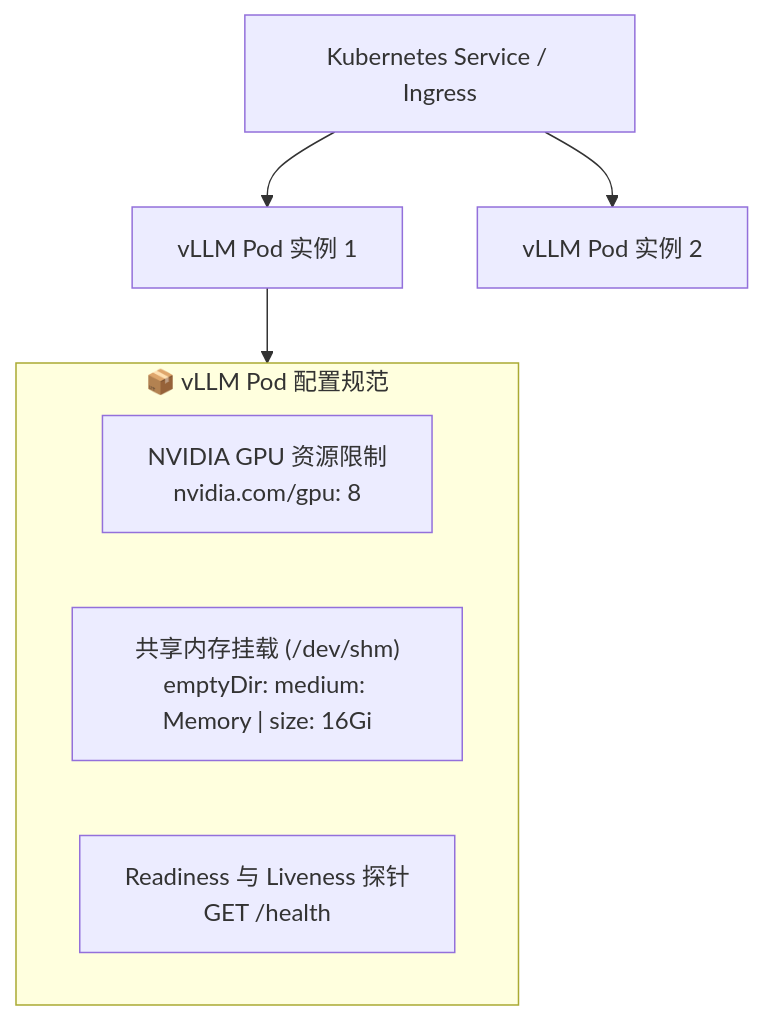
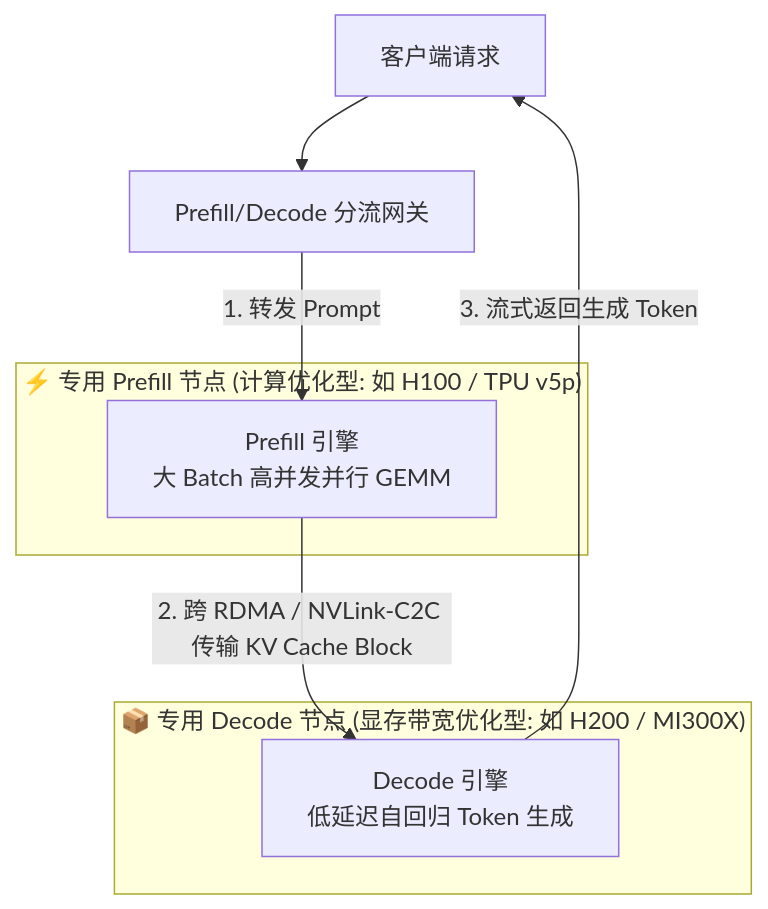
One commit to Marinette101/vllm-learning-notes changed the third of 11 diagrams in docs/zh/06_deployment_and_orchestration.md. Above: the diagram before and after it, drawn with Mermaid. The commit also changed other lines of this file and 5 other files, not shown here.

````diff
--- a/docs/zh/06_deployment_and_orchestration.md
+++ b/docs/zh/06_deployment_and_orchestration.md
@@ -72,13 +73,16 @@
 ```mermaid
 flowchart TD
-    K8S_SVC["Kubernetes Service / Ingress"] --> POD1["vLLM Pod 实例 1"]
-    K8S_SVC --> POD2["vLLM Pod 实例 2"]
-
-    subgraph POD_SPEC ["📦 vLLM Pod 配置规范"]
-        LIMITS["NVIDIA GPU 资源限制<br>nvidia.com/gpu: 8"]
-        SHM["共享内存挂载 (/dev/shm)<br>emptyDir: medium: Memory | size: 16Gi"]
-        PROBES["Readiness 与 Liveness 探针<br>GET /health"]
+    CLIENT_REQ["客户端请求"] --> ROUTER["Prefill/Decode 分流网关"]
+    
+    subgraph PREFILL_CLUSTER ["⚡ 专用 Prefill 节点 (计算优化型: 如 H100 / TPU v5p)"]
+        P_NODE["Prefill 引擎<br>大 Batch 高并发并行 GEMM"]
+    end
+    
+    subgraph DECODE_CLUSTER ["📦 专用 Decode 节点 (显存带宽优化型: 如 H200 / MI300X)"]
+        D_NODE["Decode 引擎<br>低延迟自回归 Token 生成"]
     end
 
-    POD1 --> POD_SPEC
+    ROUTER -->|"1. 转发 Prompt"| P_NODE
+    P_NODE -->|"2. 跨 RDMA / NVLink-C2C 传输 KV Cache Block"| D_NODE
+    D_NODE -->|"3. 流式返回生成 Token"| CLIENT_REQ
 ```
````
